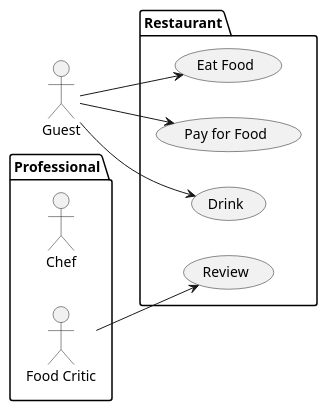
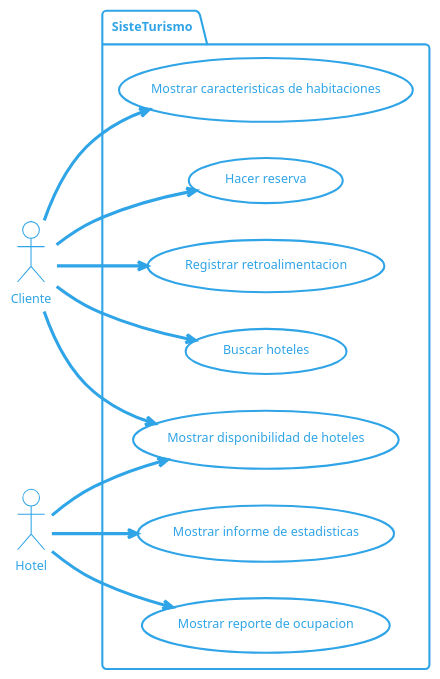
Before and after one commit to ErickSalazar07/Web: the diagram in diagrams.puml, drawn with PlantUML.

Commit message:
Se actualizo el archivo diagrams.puml con el diagrama de Casos de Uso

```diff
--- a/diagrams.puml
+++ b/diagrams.puml
@@ -1,18 +1,25 @@
 @startuml
 left to right direction
-actor Guest as g
-package Professional {
-  actor Chef as c
-  actor "Food Critic" as fc
+!theme cerulean-outline
+actor Cliente as c
+actor Hotel as h
+
+package SisteTurismo{
+  usecase "Buscar hoteles" as BH
+  usecase "Mostrar caracteristicas de habitaciones" as MCH
+  usecase "Hacer reserva" as HR
+  usecase "Mostrar disponibilidad de hoteles" as MDH
+  usecase "Mostrar informe de estadisticas" as MIE
+  usecase "Mostrar reporte de ocupacion" as MRO
+  usecase "Registrar retroalimentacion" as RR
 }
-package Restaurant {
-  usecase "Eat Food" as UC1
-  usecase "Pay for Food" as UC2
-  usecase "Drink" as UC3
-  usecase "Review" as UC4
-}
-fc --> UC4
-g --> UC1
-g --> UC2
-g --> UC3
+
+h-->MRO
+h-->MIE
+h-->MDH
+c-->BH
+c-->MCH
+c-->RR
+c-->HR
+c-->MDH
 @enduml
```
